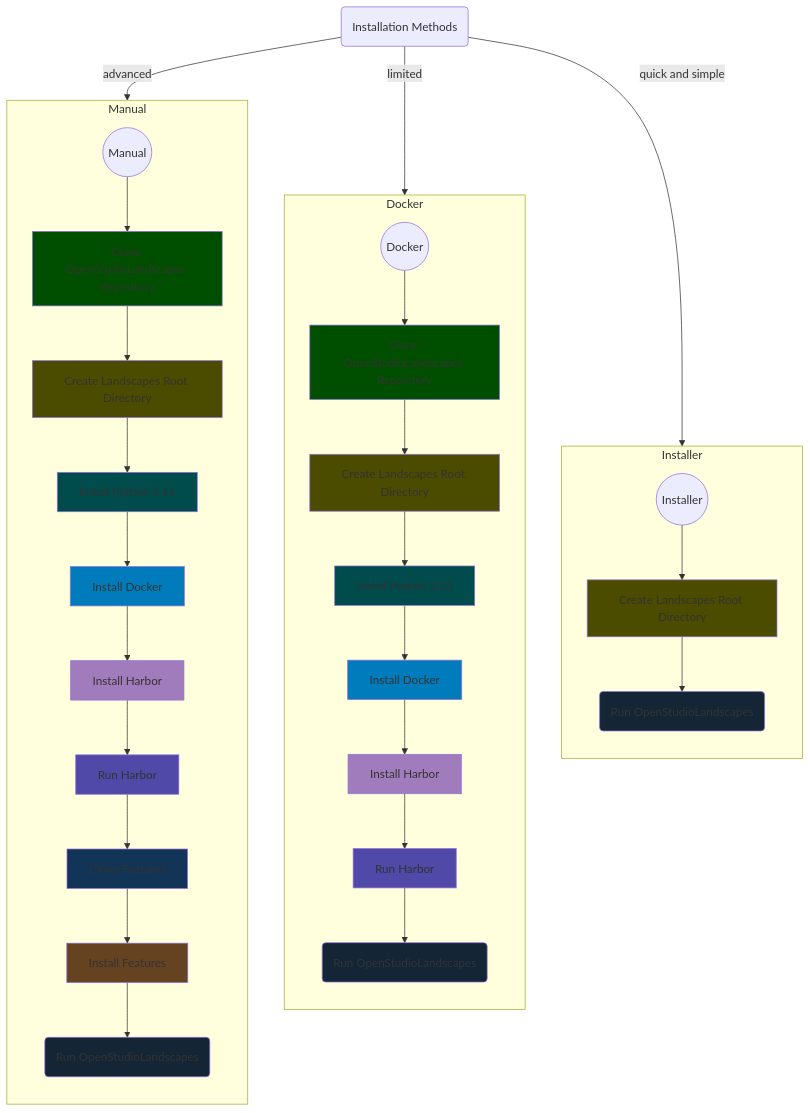
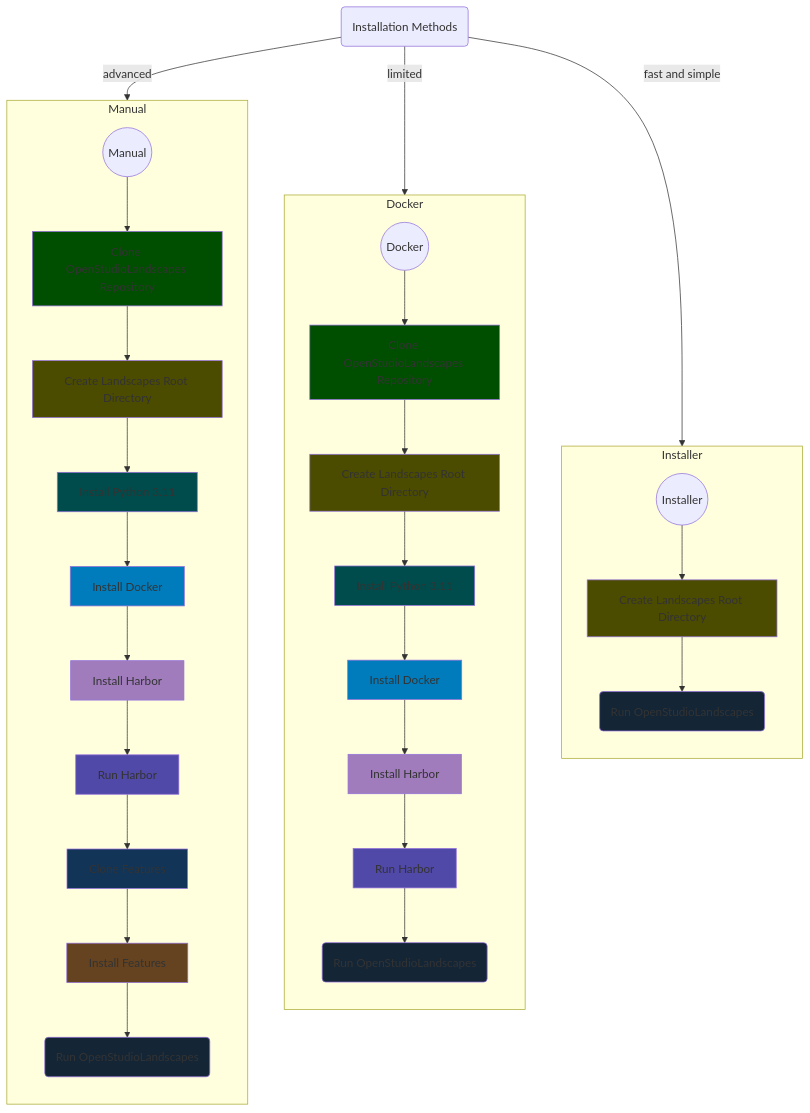
One commit to michimussato/OpenStudioLandscapes changed the diagram in wiki/README.md. Above: the diagram before and after it, drawn with Mermaid.

Commit message:
refactor

````diff
--- a/wiki/README.md
+++ b/wiki/README.md
@@ -100,5 +100,5 @@
     
     installation_methods -- advanced --> block_manual
     installation_methods -- limited --> block_docker
-    installation_methods -- quick and simple --> block_installer
+    installation_methods -- fast and simple --> block_installer
 ```
````
